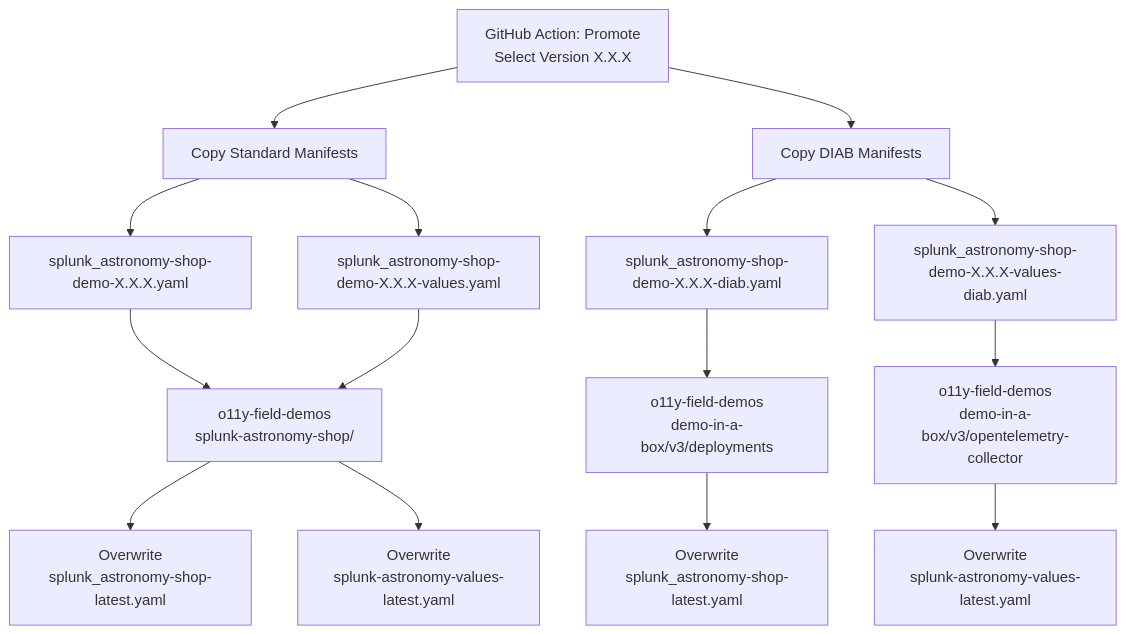
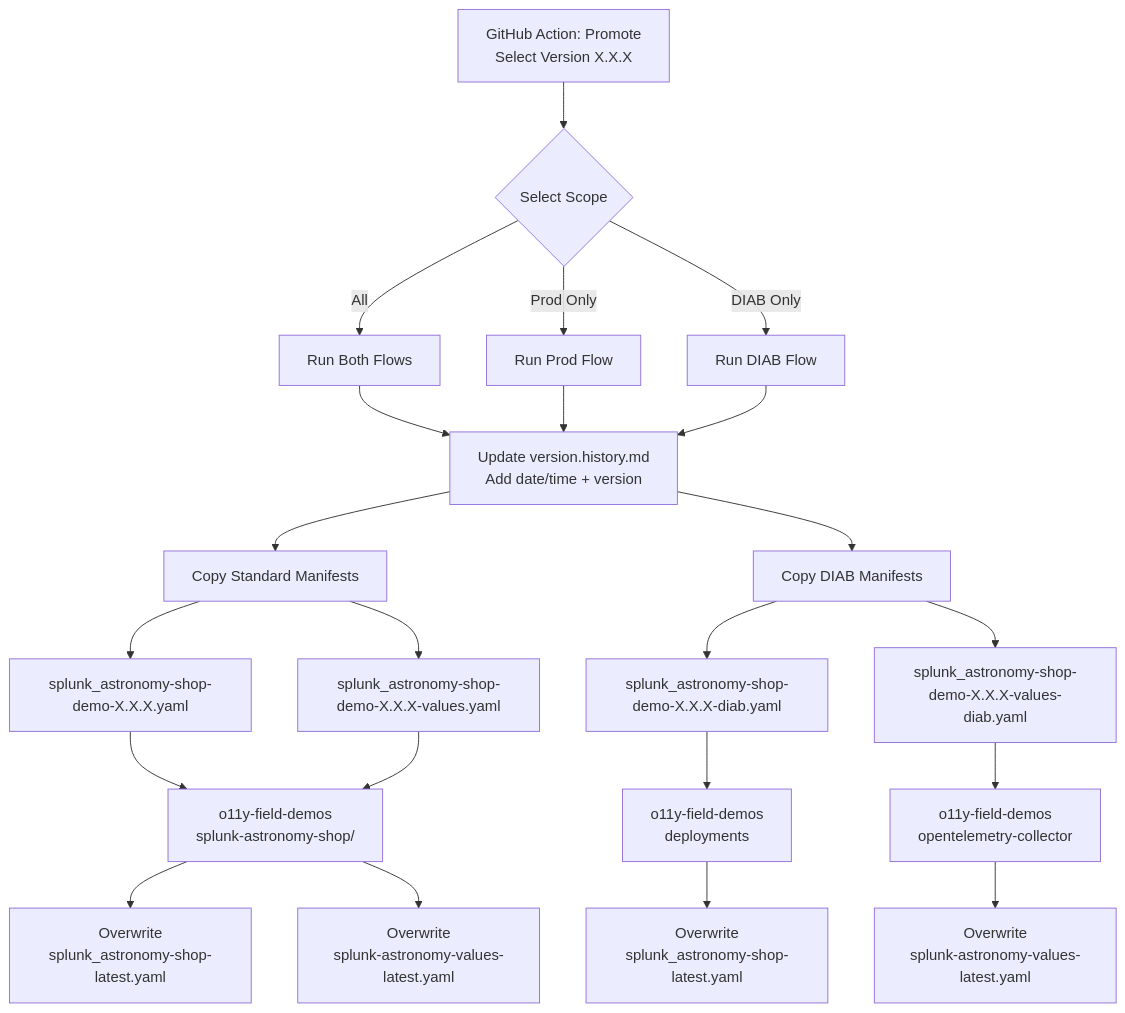
The diagram in kubernetes/deploymentplan.md (splunk/opentelemetry-demo), drawn with Mermaid before and after one commit.

````diff
--- a/kubernetes/deploymentplan.md
+++ b/kubernetes/deploymentplan.md
@@ -1,27 +1,44 @@
 ```mermaid
 flowchart TD
 
     A[GitHub Action: Promote<br/>Select Version X.X.X]
 
-    A --> B[Copy Standard Manifests]
+    A --> B{Select Scope}
 
-    B --> C1[splunk_astronomy-shop-demo-X.X.X.yaml]
-    B --> C2[splunk_astronomy-shop-demo-X.X.X-values.yaml]
+    B -->|All| C[Run Both Flows]
+    B -->|Prod Only| D[Run Prod Flow]
+    B -->|DIAB Only| E[Run DIAB Flow]
 
-    C1 --> D1[o11y-field-demos<br/>splunk-astronomy-shop/]
-    C2 --> D1
+    %% Version history step
+    C --> VH[Update version.history.md<br/>Add date/time + version]
+    D --> VH
+    E --> VH
 
-    D1 --> E1[Overwrite<br/>splunk_astronomy-shop-latest.yaml]
-    D1 --> E2[Overwrite<br/>splunk-astronomy-values-latest.yaml]
+    %% -------------------
+    %% PROD FLOW
+    %% -------------------
+    VH --> P1[Copy Standard Manifests]
 
-    A --> F[Copy DIAB Manifests]
+    P1 --> P2[splunk_astronomy-shop-demo-X.X.X.yaml]
+    P1 --> P3[splunk_astronomy-shop-demo-X.X.X-values.yaml]
 
-    F --> G1[splunk_astronomy-shop-demo-X.X.X-diab.yaml]
-    F --> G2[splunk_astronomy-shop-demo-X.X.X-values-diab.yaml]
+    P2 --> P4[o11y-field-demos<br/>splunk-astronomy-shop/]
+    P3 --> P4
 
-    G1 --> H1[o11y-field-demos<br/>demo-in-a-box/v3/deployments]
-    G2 --> H2[o11y-field-demos<br/>demo-in-a-box/v3/opentelemetry-collector]
+    P4 --> P5[Overwrite<br/>splunk_astronomy-shop-latest.yaml]
+    P4 --> P6[Overwrite<br/>splunk-astronomy-values-latest.yaml]
 
-    H1 --> I1[Overwrite<br/>splunk_astronomy-shop-latest.yaml]
-    H2 --> I2[Overwrite<br/>splunk-astronomy-values-latest.yaml]
+    %% -------------------
+    %% DIAB FLOW
+    %% -------------------
+    VH --> D1[Copy DIAB Manifests]
+
+    D1 --> D2[splunk_astronomy-shop-demo-X.X.X-diab.yaml]
+    D1 --> D3[splunk_astronomy-shop-demo-X.X.X-values-diab.yaml]
+
+    D2 --> D4[o11y-field-demos<br/>deployments]
+    D3 --> D5[o11y-field-demos<br/>opentelemetry-collector]
+
+    D4 --> D6[Overwrite<br/>splunk_astronomy-shop-latest.yaml]
+    D5 --> D7[Overwrite<br/>splunk-astronomy-values-latest.yaml]
 ```
````
